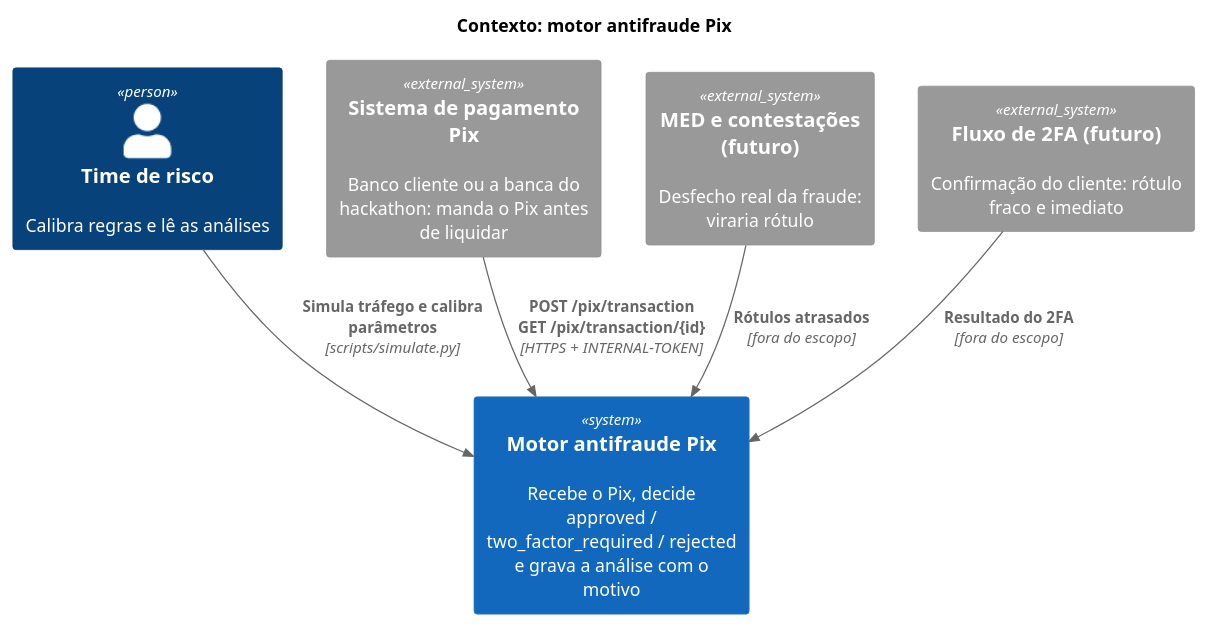
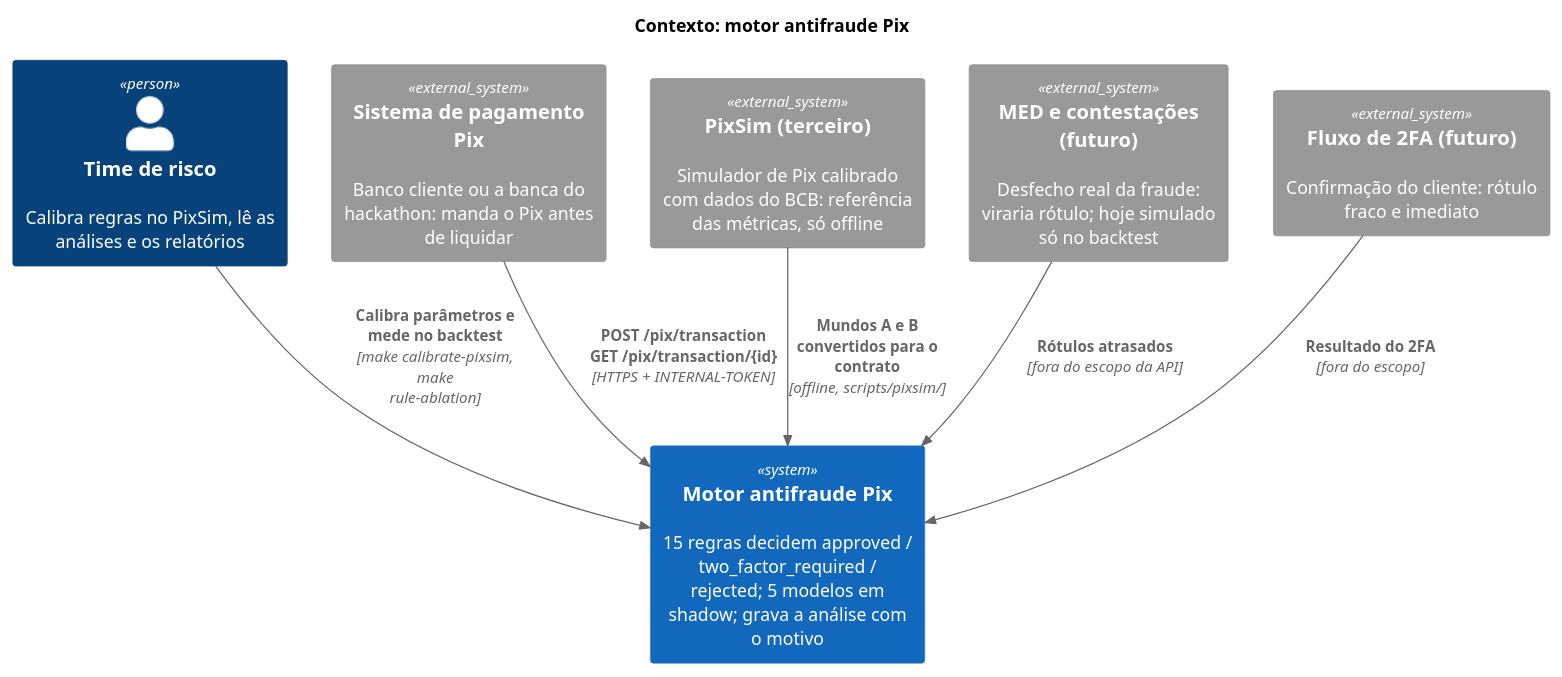
The diagram in docs/02-arquitetura/diagramas/c4-contexto-motor.puml (phprestes/Hackathon-Anti-Fraud-Pix), drawn with PlantUML before and after one commit. The commit also changed 9 other files, not shown here.

```diff
--- a/docs/02-arquitetura/diagramas/c4-contexto-motor.puml
+++ b/docs/02-arquitetura/diagramas/c4-contexto-motor.puml
@@ -1,19 +1,21 @@
 @startuml
 !include https://raw.githubusercontent.com/plantuml-stdlib/C4-PlantUML/master/C4_Context.puml
 
 title Contexto: motor antifraude Pix
 
-Person(risco, "Time de risco", "Calibra regras e lê as análises")
+Person(risco, "Time de risco", "Calibra regras no PixSim, lê as análises e os relatórios")
 System_Ext(pagamento, "Sistema de pagamento Pix", "Banco cliente ou a banca do hackathon: manda o Pix antes de liquidar")
 
-System(motor, "Motor antifraude Pix", "Recebe o Pix, decide approved / two_factor_required / rejected e grava a análise com o motivo")
+System(motor, "Motor antifraude Pix", "15 regras decidem approved / two_factor_required / rejected; 5 modelos em shadow; grava a análise com o motivo")
 
-System_Ext(med, "MED e contestações (futuro)", "Desfecho real da fraude: viraria rótulo")
+System_Ext(pixsim, "PixSim (terceiro)", "Simulador de Pix calibrado com dados do BCB: referência das métricas, só offline")
+System_Ext(med, "MED e contestações (futuro)", "Desfecho real da fraude: viraria rótulo; hoje simulado só no backtest")
 System_Ext(twofa, "Fluxo de 2FA (futuro)", "Confirmação do cliente: rótulo fraco e imediato")
 
 Rel(pagamento, motor, "POST /pix/transaction\nGET /pix/transaction/{id}", "HTTPS + INTERNAL-TOKEN")
-Rel(risco, motor, "Simula tráfego e calibra parâmetros", "scripts/simulate.py")
-Rel(med, motor, "Rótulos atrasados", "fora do escopo")
+Rel(risco, motor, "Calibra parâmetros e mede no backtest", "make calibrate-pixsim, make rule-ablation")
+Rel(pixsim, motor, "Mundos A e B convertidos para o contrato", "offline, scripts/pixsim/")
+Rel(med, motor, "Rótulos atrasados", "fora do escopo da API")
 Rel(twofa, motor, "Resultado do 2FA", "fora do escopo")
 
 @enduml
```
